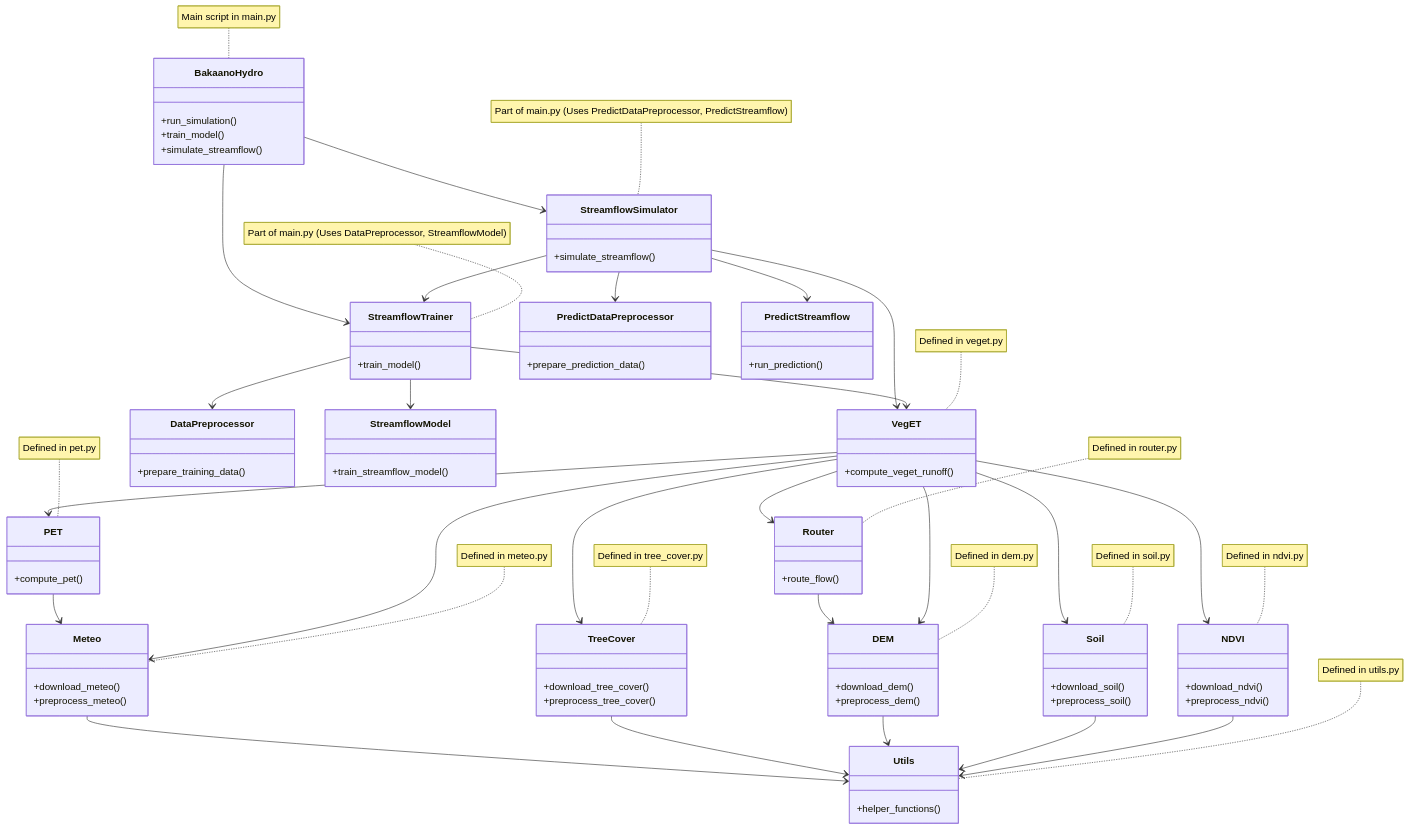
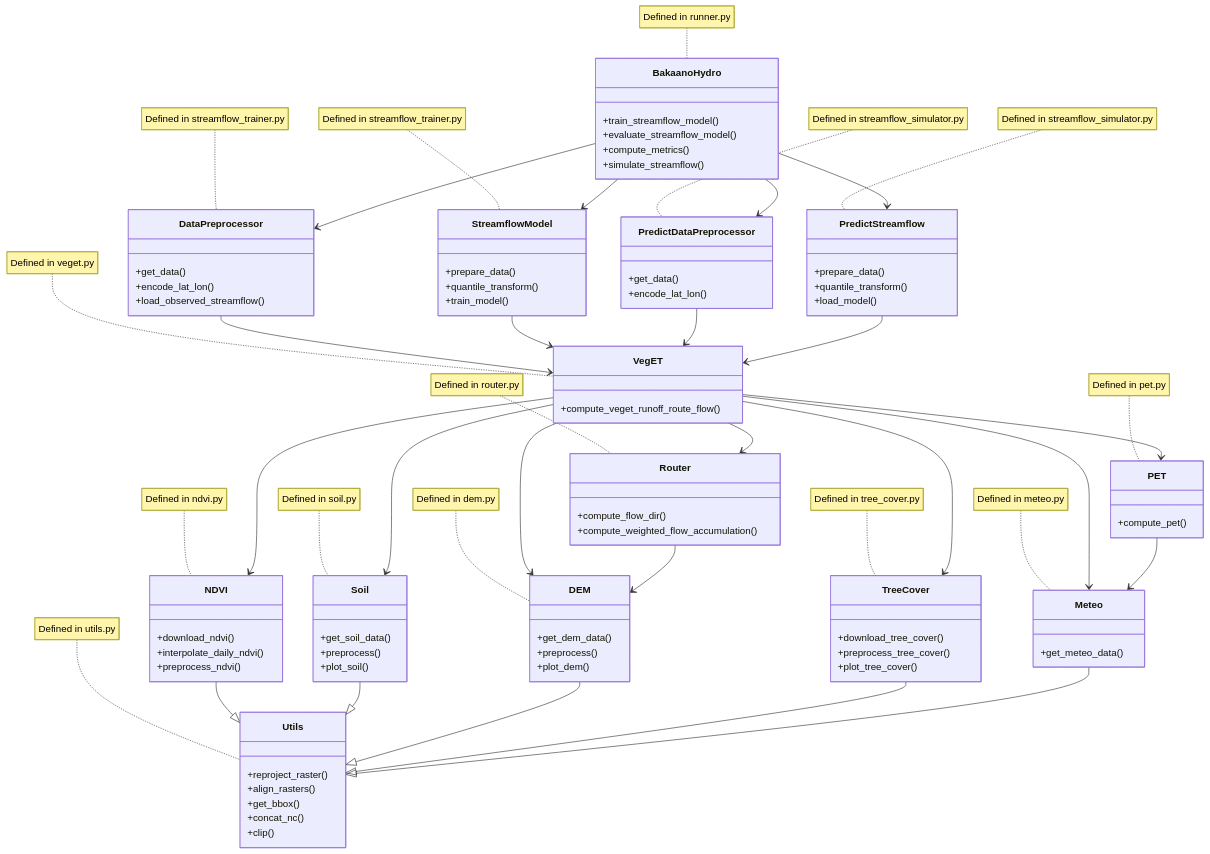
Before and after one commit to confidence-duku/bakaano-hydro: the diagram in README.md, drawn with Mermaid.

````diff
--- a/README.md
+++ b/README.md
@@ -35,49 +35,89 @@
 ```mermaid
 classDiagram
-    %% Data Processing Modules
     class NDVI {
-        +download_ndvi()
-        +preprocess_ndvi()
+	    +download_ndvi()
+        +interpolate_daily_ndvi()
+	    +preprocess_ndvi()
     }
     class Soil {
-        +download_soil()
-        +preprocess_soil()
+	    +get_soil_data()
+	    +preprocess()
+        +plot_soil()
     }
     class DEM {
-        +download_dem()
-        +preprocess_dem()
+	    +get_dem_data()
+	    +preprocess()
+        +plot_dem()
     }
     class TreeCover {
-        +download_tree_cover()
-        +preprocess_tree_cover()
+	    +download_tree_cover()
+	    +preprocess_tree_cover()
+        +plot_tree_cover()
     }
     class Meteo {
-        +download_meteo()
-        +preprocess_meteo()
+	    +get_meteo_data()
     }
     class Utils {
-        +helper_functions()
+	    +reproject_raster()
+        +align_rasters()
+        +get_bbox()
+        +concat_nc()
+        +clip()
     }
-
-    %% NDVI, Soil, DEM, TreeCover, and Meteo use Utils
-    NDVI --> Utils
-    Soil --> Utils
-    DEM --> Utils
-    TreeCover --> Utils
-    Meteo --> Utils
-
-    %% VegET Model
     class VegET {
-        +compute_veget_runoff()
+	    +compute_veget_runoff_route_flow()
     }
     class PET {
-        +compute_pet()
+	    +compute_pet()
     }
     class Router {
-        +route_flow()
+	    +compute_flow_dir()
+        +compute_weighted_flow_accumulation()
     }
-
-    %% Connections for VegET
+    class BakaanoHydro {
+	    +train_streamflow_model()
+	    +evaluate_streamflow_model()
+        +compute_metrics()
+        +simulate_streamflow()
+    }
+    class DataPreprocessor {
+	    +get_data()
+        +encode_lat_lon()
+        +load_observed_streamflow()
+    }
+    class StreamflowModel {
+        +prepare_data()
+        +quantile_transform()
+	    +train_model()
+    }
+    class PredictDataPreprocessor {
+	    +get_data()
+        +encode_lat_lon()
+    }
+    class PredictStreamflow {
+	    +prepare_data()
+        +quantile_transform()
+        +load_model()
+    }
+	note for NDVI "Defined in ndvi.py"
+	note for Soil "Defined in soil.py"
+	note for DEM "Defined in dem.py"
+	note for TreeCover "Defined in tree_cover.py"
+	note for Meteo "Defined in meteo.py"
+	note for Utils "Defined in utils.py"
+	note for VegET "Defined in veget.py"
+	note for PET "Defined in pet.py"
+	note for Router "Defined in router.py"
+	note for BakaanoHydro "Defined in runner.py"
+	note for DataPreprocessor "Defined in streamflow_trainer.py"
+	note for StreamflowModel "Defined in streamflow_trainer.py"
+    note for PredictDataPreprocessor "Defined in streamflow_simulator.py"
+	note for PredictStreamflow "Defined in streamflow_simulator.py"
+    NDVI --|> Utils
+    Soil --|> Utils
+    DEM --|> Utils
+    TreeCover --|> Utils
+    Meteo --|> Utils
     VegET --> NDVI
     VegET --> Soil
     VegET --> DEM
@@ -85,69 +125,14 @@
     VegET --> Meteo
     VegET --> PET
     VegET --> Router
-
-    %% Router uses DEM outputs
     Router --> DEM
-
-    %% PET uses Meteo outputs
     PET --> Meteo
-
-    %% Main Script (Now with BakaanoHydro)
-    class BakaanoHydro {
-        +run_simulation()
-        +train_model()
-        +simulate_streamflow()
-    }
-
-    %% Streamflow Modules
-    class StreamflowTrainer {
-        +train_model()
-    }
-    class DataPreprocessor {
-        +prepare_training_data()
-    }
-    class StreamflowModel {
-        +train_streamflow_model()
-    }
-
-    %% Streamflow Trainer relationships
-    StreamflowTrainer --> DataPreprocessor
-    StreamflowTrainer --> StreamflowModel
-
-    class StreamflowSimulator {
-        +simulate_streamflow()
-    }
-    class PredictDataPreprocessor {
-        +prepare_prediction_data()
-    }
-    class PredictStreamflow {
-        +run_prediction()
-    }
-
-    %% Streamflow Simulator relationships
-    StreamflowSimulator --> PredictDataPreprocessor
-    StreamflowSimulator --> PredictStreamflow
-
-    %% Streamflow modules depend on VegET outputs
-    StreamflowTrainer --> VegET
-    StreamflowSimulator --> VegET
-    StreamflowSimulator --> StreamflowTrainer
-
-    %% BakaanoHydro in main.py calls StreamflowTrainer and StreamflowSimulator
-    BakaanoHydro --> StreamflowTrainer
-    BakaanoHydro --> StreamflowSimulator
-
-    %% File Names (Added as Notes)
-    note for NDVI "Defined in ndvi.py"
-    note for Soil "Defined in soil.py"
-    note for DEM "Defined in dem.py"
-    note for TreeCover "Defined in tree_cover.py"
-    note for Meteo "Defined in meteo.py"
-    note for Utils "Defined in utils.py"
-    note for VegET "Defined in veget.py"
-    note for PET "Defined in pet.py"
-    note for Router "Defined in router.py"
-    note for BakaanoHydro "Main script in main.py"
-    note for StreamflowTrainer "Part of main.py (Uses DataPreprocessor, StreamflowModel)"
-    note for StreamflowSimulator "Part of main.py (Uses PredictDataPreprocessor, PredictStreamflow)"
+    DataPreprocessor --> VegET
+    StreamflowModel --> VegET
+    PredictDataPreprocessor --> VegET
+    PredictStreamflow --> VegET
+    BakaanoHydro --> DataPreprocessor
+    BakaanoHydro --> StreamflowModel
+    BakaanoHydro --> PredictDataPreprocessor
+    BakaanoHydro --> PredictStreamflow
 ```
````
